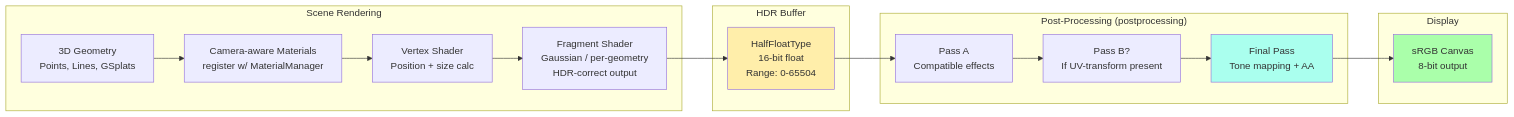
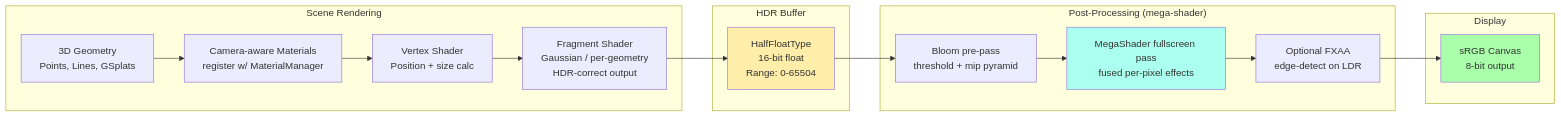
One commit to royerlab/luxar changed the third of 12 diagrams in packages/luxar-viewer/ARCHITECTURE-DIAGRAMS.md. Above: the diagram before and after it, drawn with Mermaid. The commit also changed other lines of this file and 46 other files, not shown here.

````diff
--- a/packages/luxar-viewer/ARCHITECTURE-DIAGRAMS.md
+++ b/packages/luxar-viewer/ARCHITECTURE-DIAGRAMS.md
@@ -336,30 +336,30 @@
 ```mermaid
 graph LR
     subgraph "Scene Rendering"
         A[3D Geometry<br/>Points, Lines, GSplats]
         B[Camera-aware Materials<br/>register w/ MaterialManager]
         C[Vertex Shader<br/>Position + size calc]
         D[Fragment Shader<br/>Gaussian / per-geometry<br/>HDR-correct output]
     end
 
     subgraph "HDR Buffer"
         E[HalfFloatType<br/>16-bit float<br/>Range: 0-65504]
     end
 
-    subgraph "Post-Processing (postprocessing)"
-        F[Pass A<br/>Compatible effects]
-        G[Pass B?<br/>If UV-transform present]
-        H[Final Pass<br/>Tone mapping + AA]
+    subgraph "Post-Processing (mega-shader)"
+        F[Bloom pre-pass<br/>threshold + mip pyramid]
+        H[MegaShader fullscreen pass<br/>fused per-pixel effects]
+        I0[Optional FXAA<br/>edge-detect on LDR]
     end
 
     subgraph "Display"
         I[sRGB Canvas<br/>8-bit output]
     end
 
     A --> B --> C --> D --> E
-    E --> F --> G --> H --> I
+    E --> F --> H --> I0 --> I
 
     style E fill:#ffeeaa
     style H fill:#aaffee
     style I fill:#aaffaa
 ```
````
